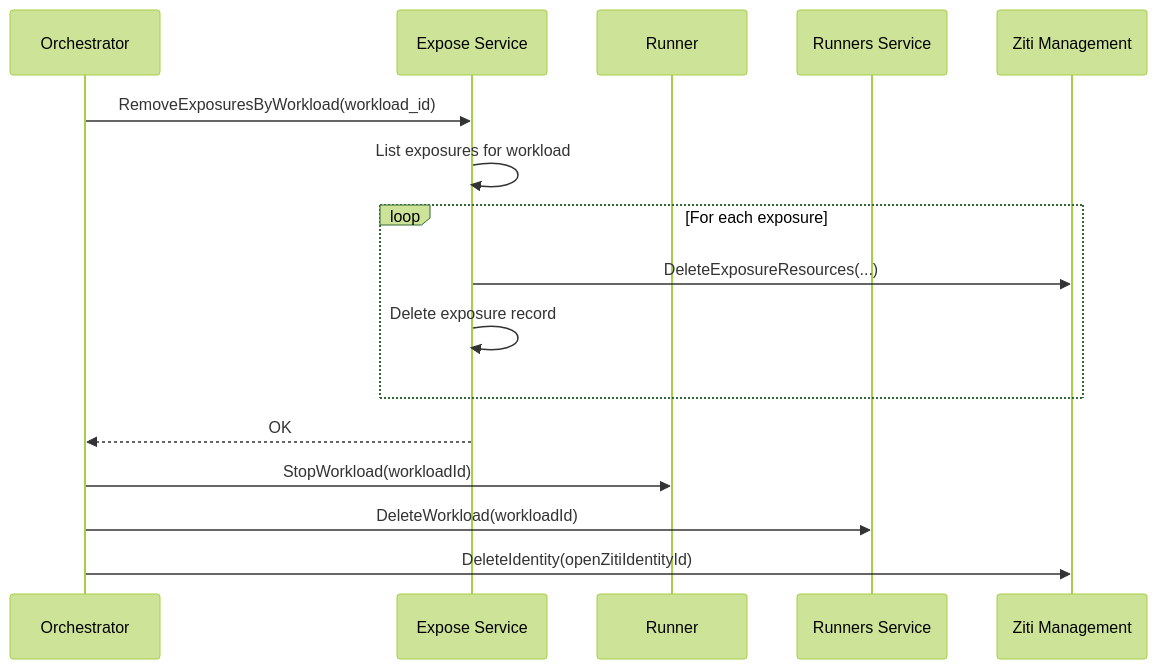
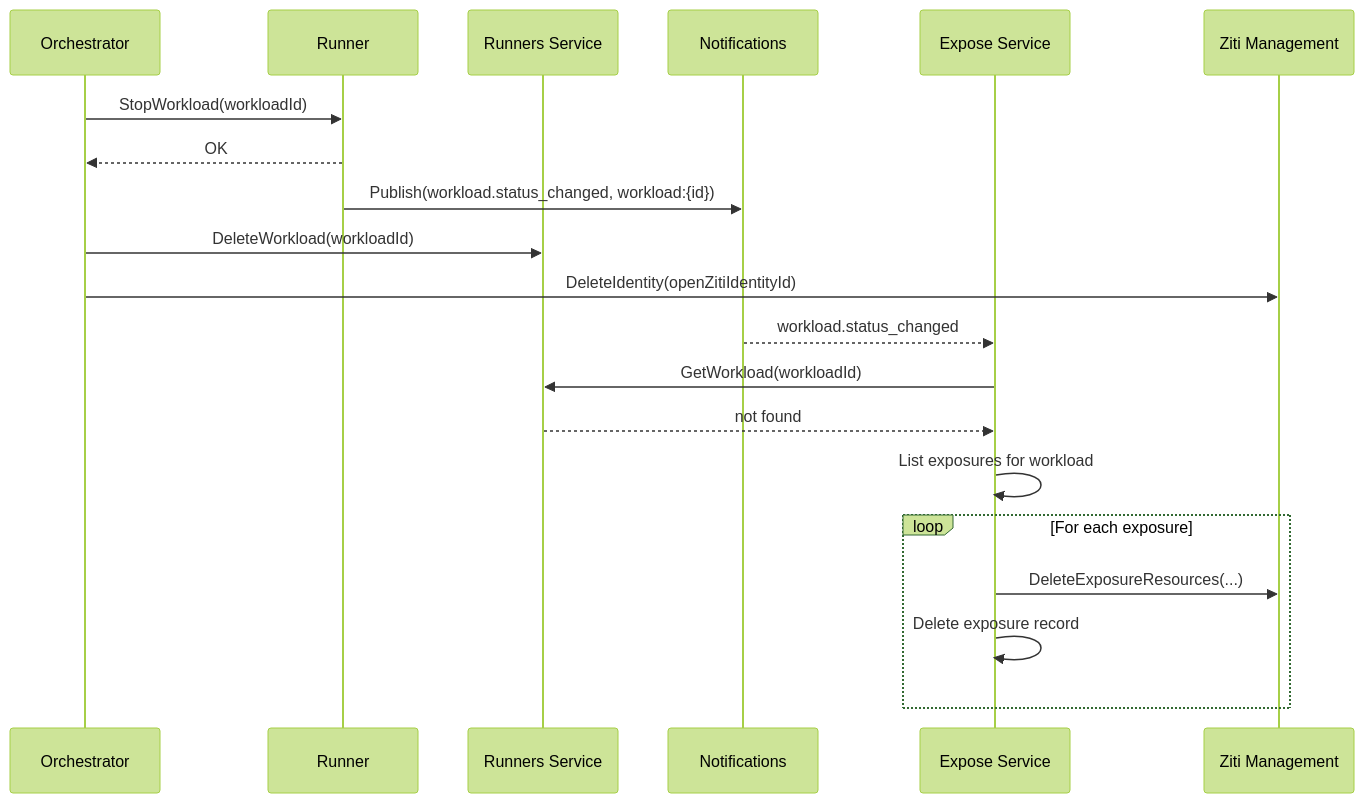
Before and after one commit to agynio/architecture: the fourth of 4 diagrams in architecture/expose-service.md, drawn with Mermaid (forest theme). The commit also changed other lines of this file and 8 other files, not shown here.

````diff
--- a/architecture/expose-service.md
+++ b/architecture/expose-service.md
@@ -147,19 +159,23 @@
 ```mermaid
 sequenceDiagram
     participant O as Orchestrator
-    participant ES as Expose Service
     participant R as Runner
     participant RS as Runners Service
+    participant N as Notifications
+    participant ES as Expose Service
     participant ZM as Ziti Management
 
-    O->>ES: RemoveExposuresByWorkload(workload_id)
+    O->>R: StopWorkload(workloadId)
+    R-->>O: OK
+    R->>N: Publish(workload.status_changed, workload:{id})
+    O->>RS: DeleteWorkload(workloadId)
+    O->>ZM: DeleteIdentity(openZitiIdentityId)
+    N-->>ES: workload.status_changed
+    ES->>RS: GetWorkload(workloadId)
+    RS-->>ES: not found
     ES->>ES: List exposures for workload
     loop For each exposure
         ES->>ZM: DeleteExposureResources(...)
         ES->>ES: Delete exposure record
     end
-    ES-->>O: OK
-    O->>R: StopWorkload(workloadId)
-    O->>RS: DeleteWorkload(workloadId)
-    O->>ZM: DeleteIdentity(openZitiIdentityId)
 ```
````
